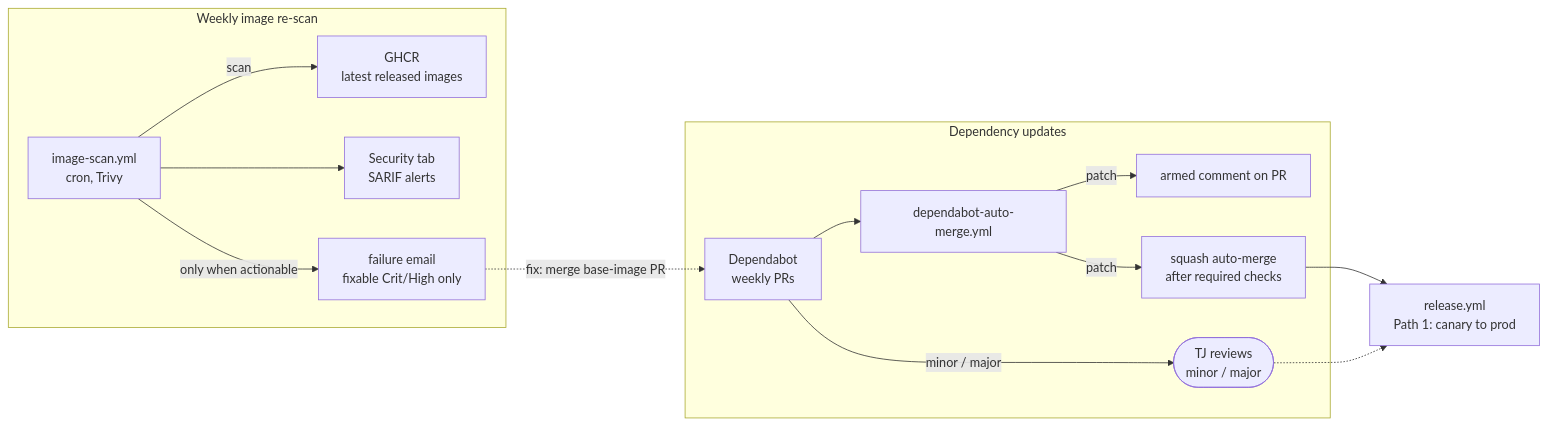
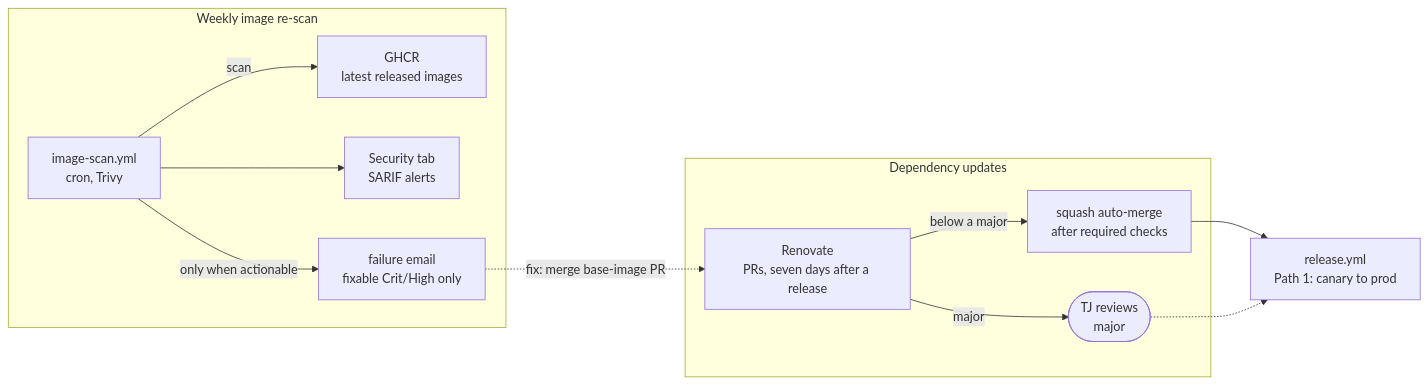
The fifth of 6 diagrams in docs/CICD.md (zimmertr/bluebird), drawn with Mermaid before and after one commit. The commit also changed other lines of this file and 23 other files, not shown here.

````diff
--- a/docs/CICD.md
+++ b/docs/CICD.md
@@ -1375,31 +1374,27 @@
 ```mermaid
 flowchart LR
     subgraph SCAN["Weekly image re-scan"]
         cron["image-scan.yml<br/>cron, Trivy"]
         released["GHCR<br/>latest released images"]
         sarif["Security tab<br/>SARIF alerts"]
         email["failure email<br/>fixable Crit/High only"]
     end
 
     subgraph DEP["Dependency updates"]
-        bot["Dependabot<br/>weekly PRs"]
-        am["dependabot-auto-merge.yml"]
-        note["armed comment on PR"]
+        bot["Renovate<br/>PRs, seven days after a release"]
         merge["squash auto-merge<br/>after required checks"]
-        review(["TJ reviews<br/>minor / major"])
+        review(["TJ reviews<br/>major"])
     end
 
     rel["release.yml<br/>Path 1: canary to prod"]
 
     cron -->|scan| released
     cron --> sarif
     cron -->|only when actionable| email
     email -.->|fix: merge base-image PR| bot
 
-    bot --> am
-    am -->|patch| note
-    am -->|patch| merge
-    bot -->|minor / major| review
+    bot -->|below a major| merge
+    bot -->|major| review
     merge --> rel
     review -.-> rel
 ```
````
